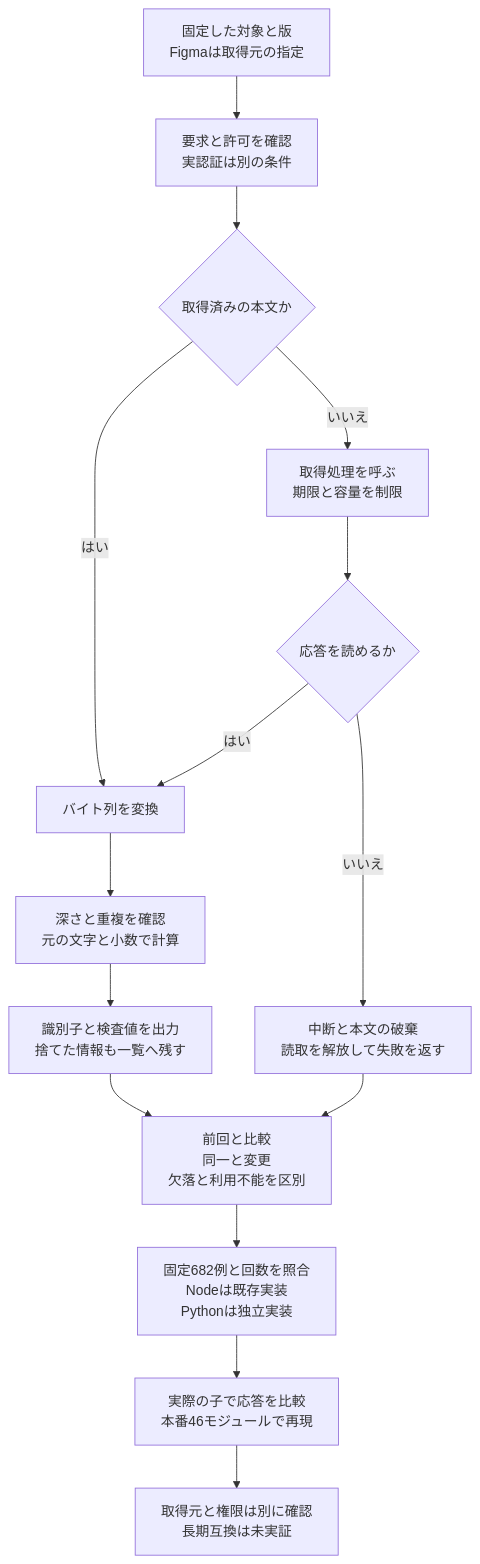
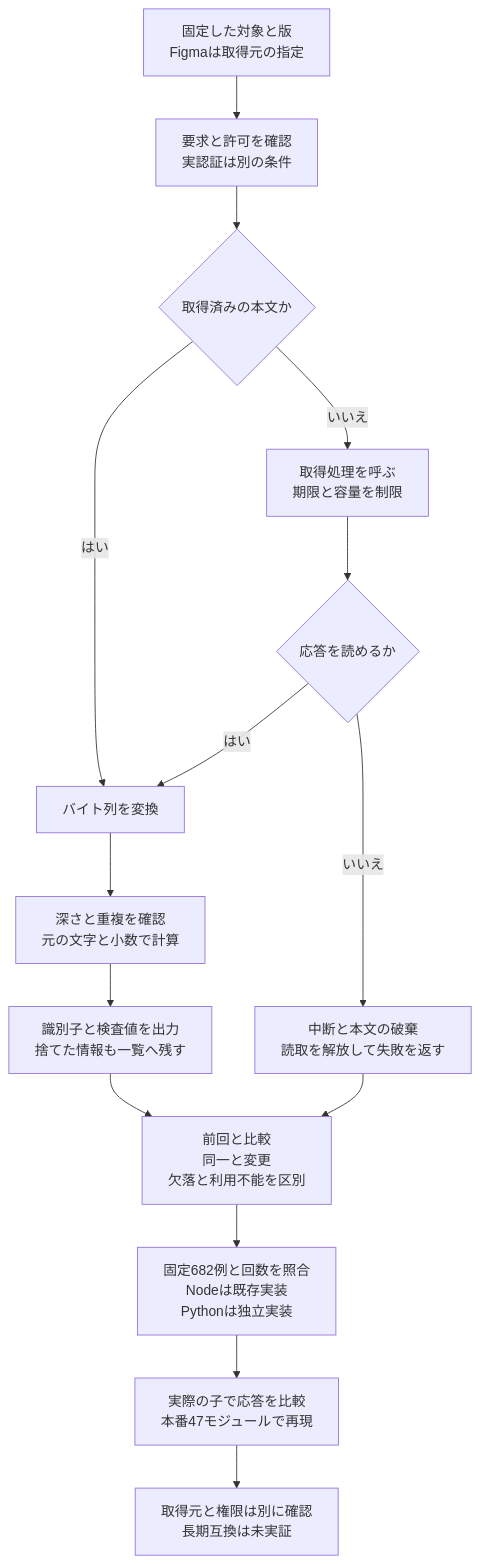
One commit to koukemo/morivyx changed the diagram in docs/diagrams/python-figma-import.mmd. Above: the diagram before and after it, drawn with Mermaid. The commit also changed 48 other files, not shown here.

```diff
--- a/docs/diagrams/python-figma-import.mmd
+++ b/docs/diagrams/python-figma-import.mmd
@@ -1,15 +1,15 @@
 flowchart TD
   A[固定した対象と版<br/>Figmaは取得元の指定] --> B[要求と許可を確認<br/>実認証は別の条件]
   B --> C{取得済みの本文か}
   C -->|はい| D[バイト列を変換]
   C -->|いいえ| E[取得処理を呼ぶ<br/>期限と容量を制限]
   E --> F{応答を読めるか}
   F -->|いいえ| G[中断と本文の破棄<br/>読取を解放して失敗を返す]
   F -->|はい| D
   D --> H[深さと重複を確認<br/>元の文字と小数で計算]
   H --> I[識別子と検査値を出力<br/>捨てた情報も一覧へ残す]
   I --> J[前回と比較<br/>同一と変更<br/>欠落と利用不能を区別]
   G --> J
   J --> K[固定682例と回数を照合<br/>Nodeは既存実装<br/>Pythonは独立実装]
-  K --> L[実際の子で応答を比較<br/>本番46モジュールで再現]
+  K --> L[実際の子で応答を比較<br/>本番47モジュールで再現]
   L --> M[取得元と権限は別に確認<br/>長期互換は未実証]
```
